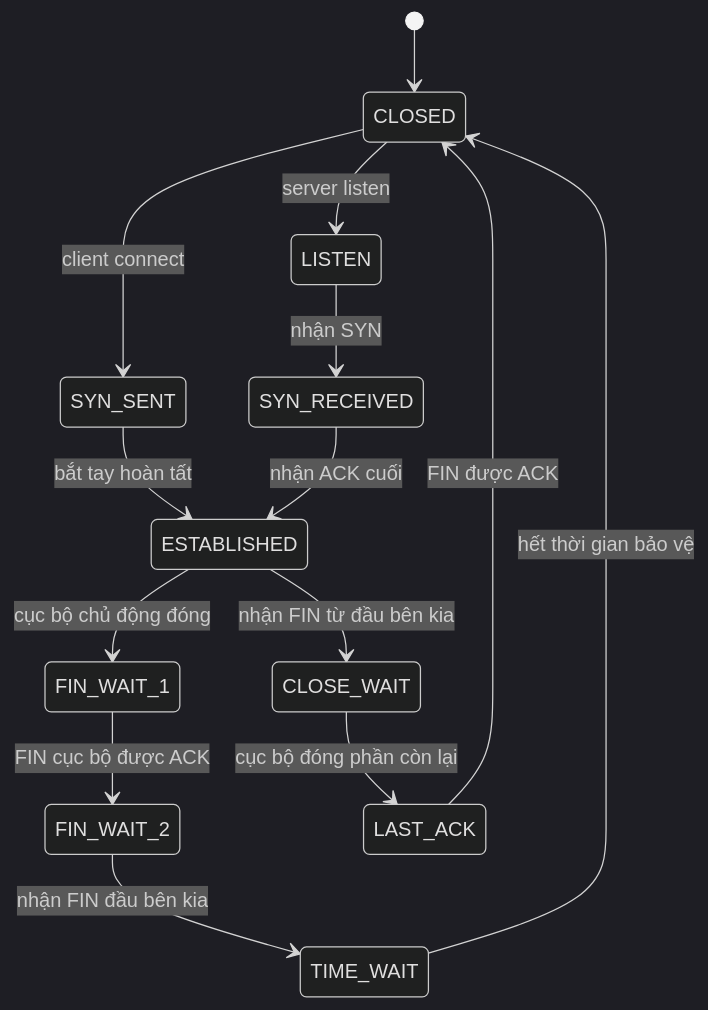
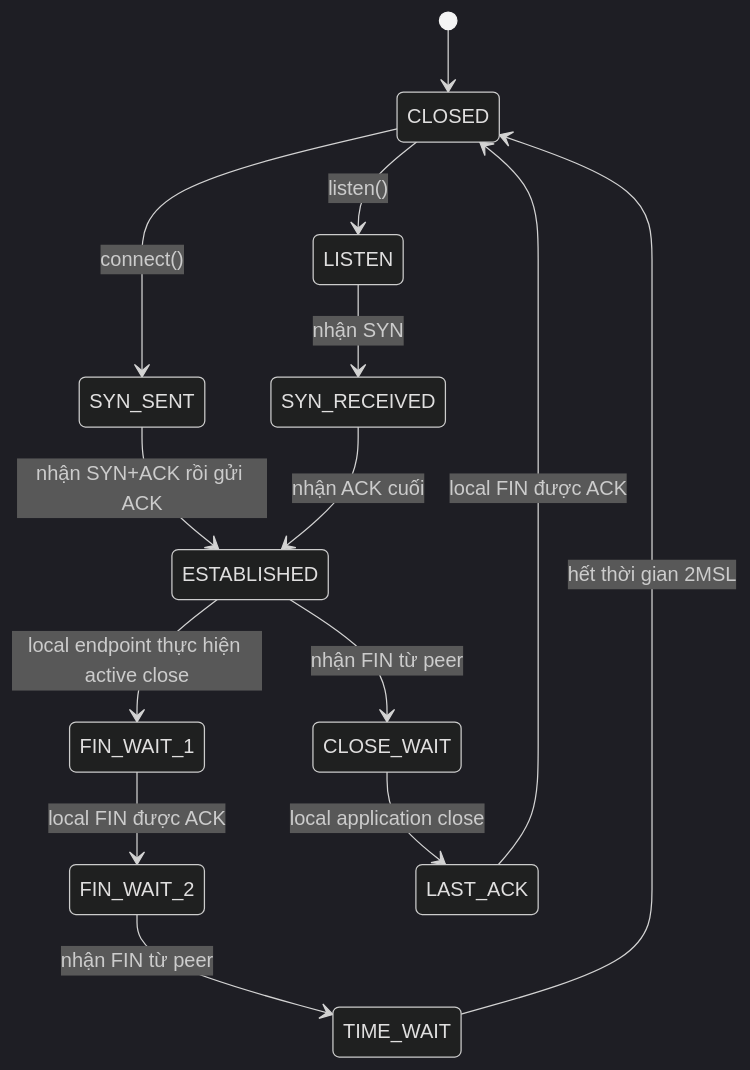
One commit to hai-kevins/embedded-linux changed the second of 2 diagrams in phase-01/README-topic-09.md. Above: the diagram before and after it, drawn with Mermaid (dark theme). The commit also changed other lines of this file and 8 other files, not shown here.

````diff
--- a/phase-01/README-topic-09.md
+++ b/phase-01/README-topic-09.md
@@ -1109,16 +1109,16 @@
 ```mermaid
 stateDiagram-v2
     [*] --> CLOSED
-    CLOSED --> LISTEN: server listen
-    CLOSED --> SYN_SENT: client connect
+    CLOSED --> LISTEN: listen()
+    CLOSED --> SYN_SENT: connect()
     LISTEN --> SYN_RECEIVED: nhận SYN
-    SYN_SENT --> ESTABLISHED: bắt tay hoàn tất
+    SYN_SENT --> ESTABLISHED: nhận SYN+ACK rồi gửi ACK
     SYN_RECEIVED --> ESTABLISHED: nhận ACK cuối
-    ESTABLISHED --> FIN_WAIT_1: cục bộ chủ động đóng
-    ESTABLISHED --> CLOSE_WAIT: nhận FIN từ đầu bên kia
-    FIN_WAIT_1 --> FIN_WAIT_2: FIN cục bộ được ACK
-    FIN_WAIT_2 --> TIME_WAIT: nhận FIN đầu bên kia
-    CLOSE_WAIT --> LAST_ACK: cục bộ đóng phần còn lại
-    LAST_ACK --> CLOSED: FIN được ACK
-    TIME_WAIT --> CLOSED: hết thời gian bảo vệ
+    ESTABLISHED --> FIN_WAIT_1: local endpoint thực hiện active close
+    ESTABLISHED --> CLOSE_WAIT: nhận FIN từ peer
+    FIN_WAIT_1 --> FIN_WAIT_2: local FIN được ACK
+    FIN_WAIT_2 --> TIME_WAIT: nhận FIN từ peer
+    CLOSE_WAIT --> LAST_ACK: local application close
+    LAST_ACK --> CLOSED: local FIN được ACK
+    TIME_WAIT --> CLOSED: hết thời gian 2MSL
 ```
````
